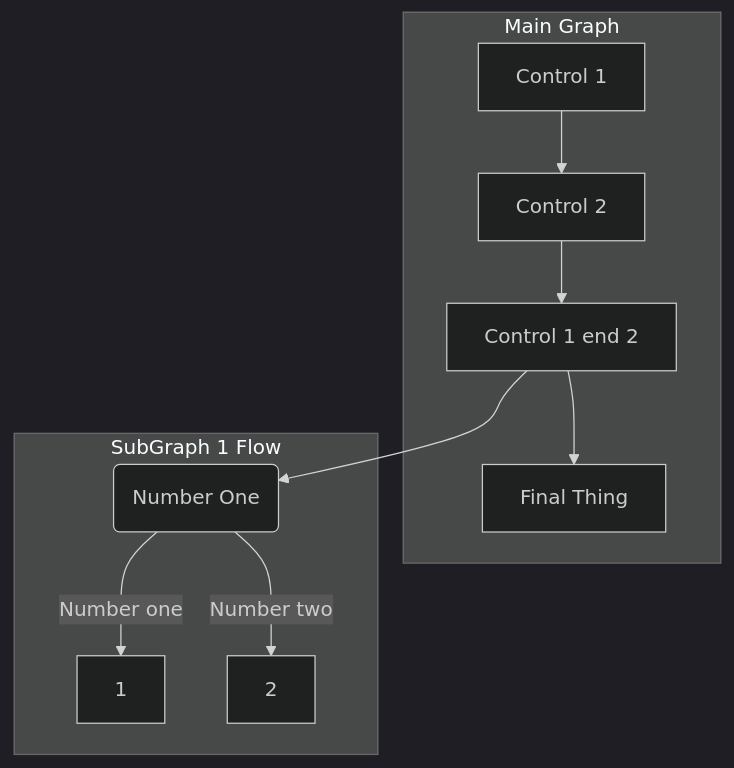
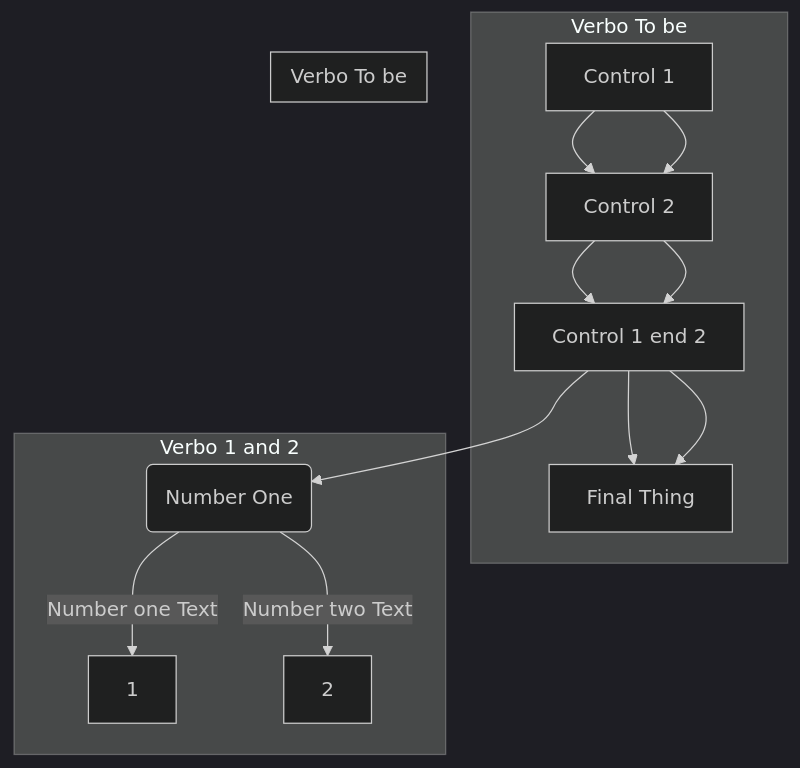
The diagram in README.md (edskate/text), drawn with Mermaid (dark theme) before and after one commit.

Commit message:
Update README.md
atualizado

````diff
--- a/README.md
+++ b/README.md
@@ -6,18 +6,23 @@
 ```mermaid
 graph TB
 
   SubGraph1 --> SubGraph1Flow
-  subgraph "SubGraph 1 Flow"
+  subgraph "Verbo 1 and 2"
   SubGraph1Flow( Number  One)
-  SubGraph1Flow -- Number one --> 1
-  SubGraph1Flow -- Number two --> 2
+  SubGraph1Flow -- Number one Text--> 1
+  SubGraph1Flow -- Number two Text--> 2
   end
 
-  subgraph "Main Graph"
+  subgraph "Verbo To be"
+  Node1[Control 1] --> Node2[Control 2]
+   --> SubGraph1[Control 1 end 2]
+  SubGraph1 --> FinalThing[Final Thing]
+end
+  subgraph "Verbo To be"
   Node1[Control 1] --> Node2[Control 2]
    --> SubGraph1[Control 1 end 2]
   SubGraph1 --> FinalThing[Final Thing]
 end
 
 
 ```
````
